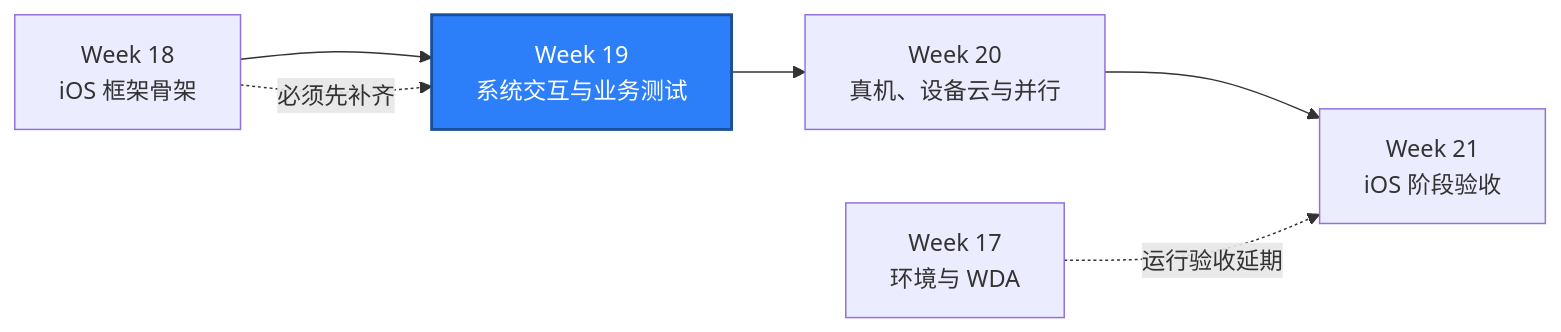
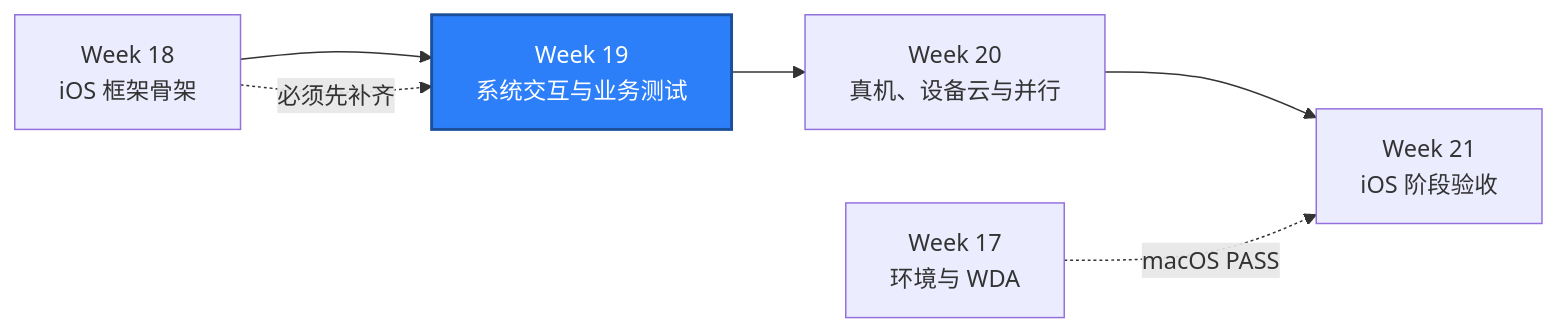
The second of 2 diagrams in reports/weekly/WEEK-19.md (htb123-maker/quality-engineering-lab), drawn with Mermaid before and after one commit. The commit also changed other lines of this file and 1 other file, not shown here.

Commit message:
docs(week-20): start ios device matrix plan

````diff
--- a/reports/weekly/WEEK-19.md
+++ b/reports/weekly/WEEK-19.md
@@ -104,10 +147,10 @@
 ```mermaid
 flowchart LR
     W18["Week 18<br/>iOS 框架骨架"] --> W19["Week 19<br/>系统交互与业务测试"]
     W19 --> W20["Week 20<br/>真机、设备云与并行"]
     W20 --> W21["Week 21<br/>iOS 阶段验收"]
-    W17["Week 17<br/>环境与 WDA"] -. "运行验收延期" .-> W21
+    W17["Week 17<br/>环境与 WDA"] -. "macOS PASS" .-> W21
     W18 -. "必须先补齐" .-> W19
     class W19 current
     classDef current fill:#2d7ff9,color:#fff,stroke:#1b4f9c,stroke-width:2px
 ```
````
